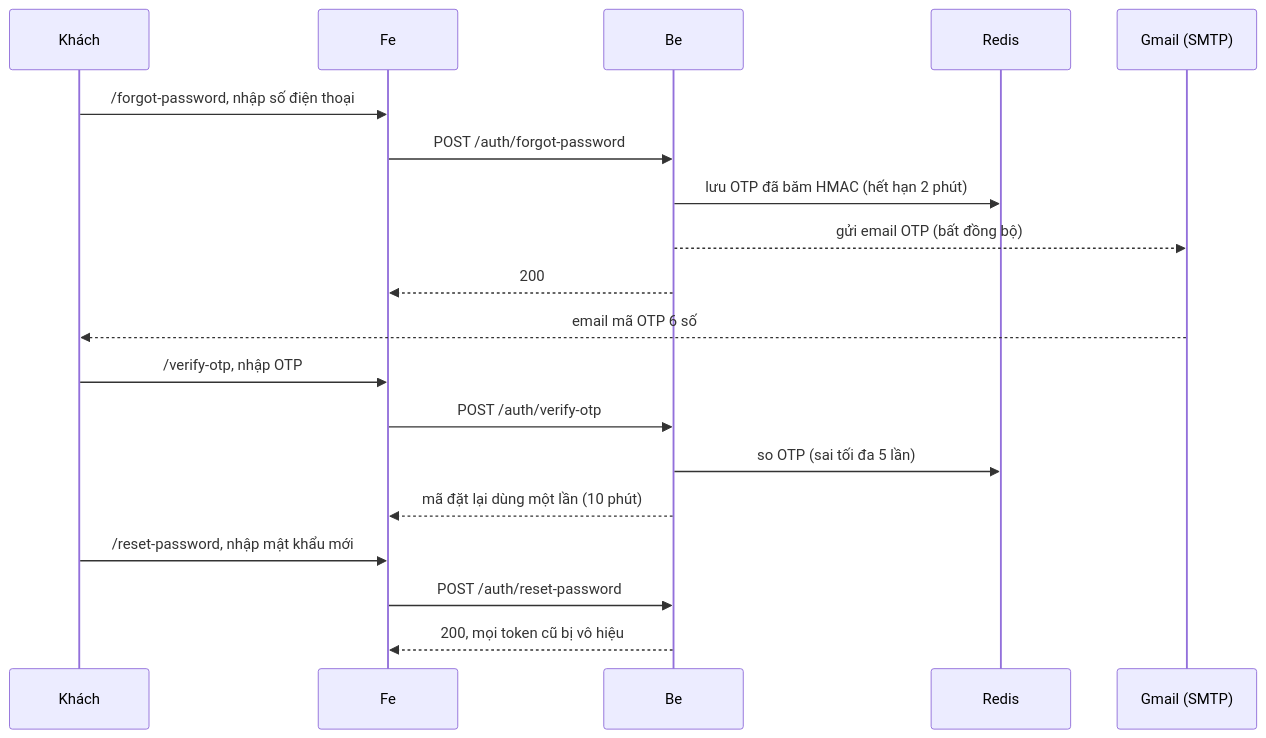
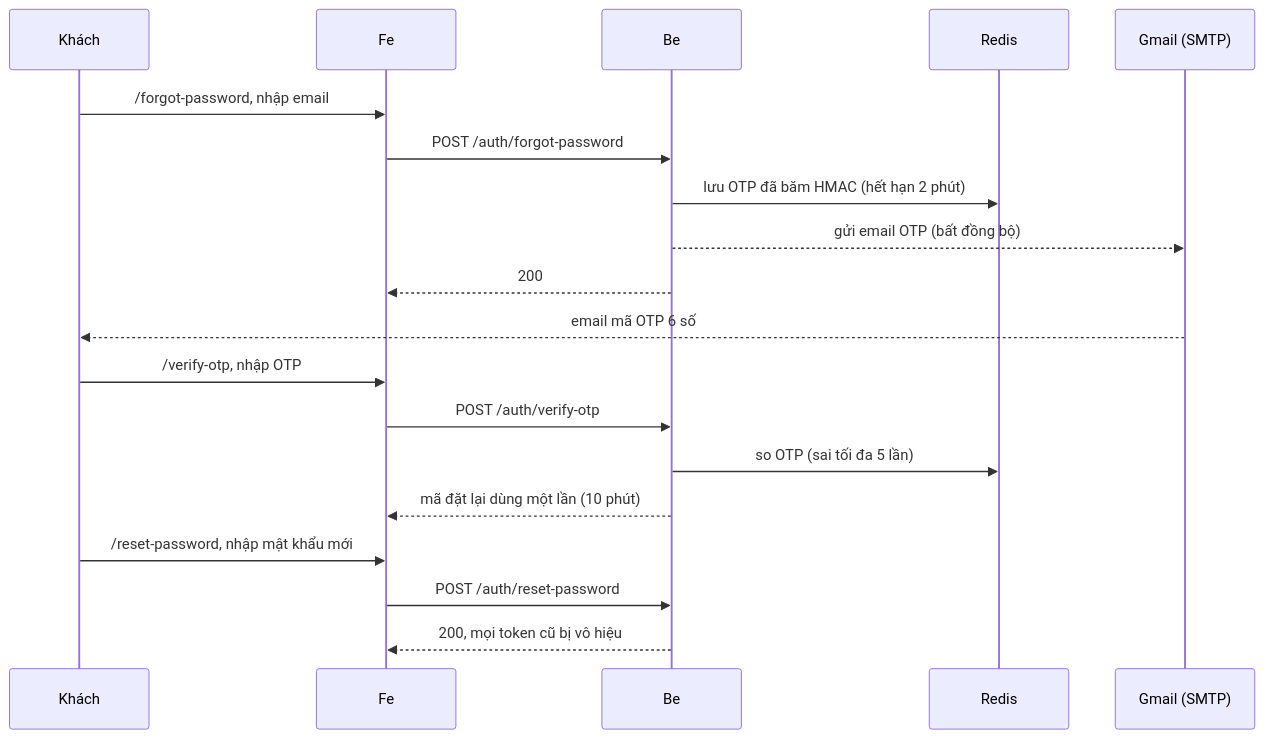
Before and after one commit to letu26/remote: the first of 3 diagrams in README.md, drawn with Mermaid. The commit also changed other lines of this file, not shown here.

````diff
--- a/README.md
+++ b/README.md
@@ -220,21 +220,21 @@
 ```mermaid
 sequenceDiagram
     participant K as Khách
     participant FE as Fe
     participant BE as Be
     participant R as Redis
     participant M as Gmail (SMTP)
-    K->>FE: /forgot-password, nhập số điện thoại
+    K->>FE: /forgot-password, nhập email
     FE->>BE: POST /auth/forgot-password
     BE->>R: lưu OTP đã băm HMAC (hết hạn 2 phút)
     BE-->>M: gửi email OTP (bất đồng bộ)
     BE-->>FE: 200
     M-->>K: email mã OTP 6 số
     K->>FE: /verify-otp, nhập OTP
     FE->>BE: POST /auth/verify-otp
     BE->>R: so OTP (sai tối đa 5 lần)
     BE-->>FE: mã đặt lại dùng một lần (10 phút)
     K->>FE: /reset-password, nhập mật khẩu mới
     FE->>BE: POST /auth/reset-password
     BE-->>FE: 200, mọi token cũ bị vô hiệu
 ```
````
